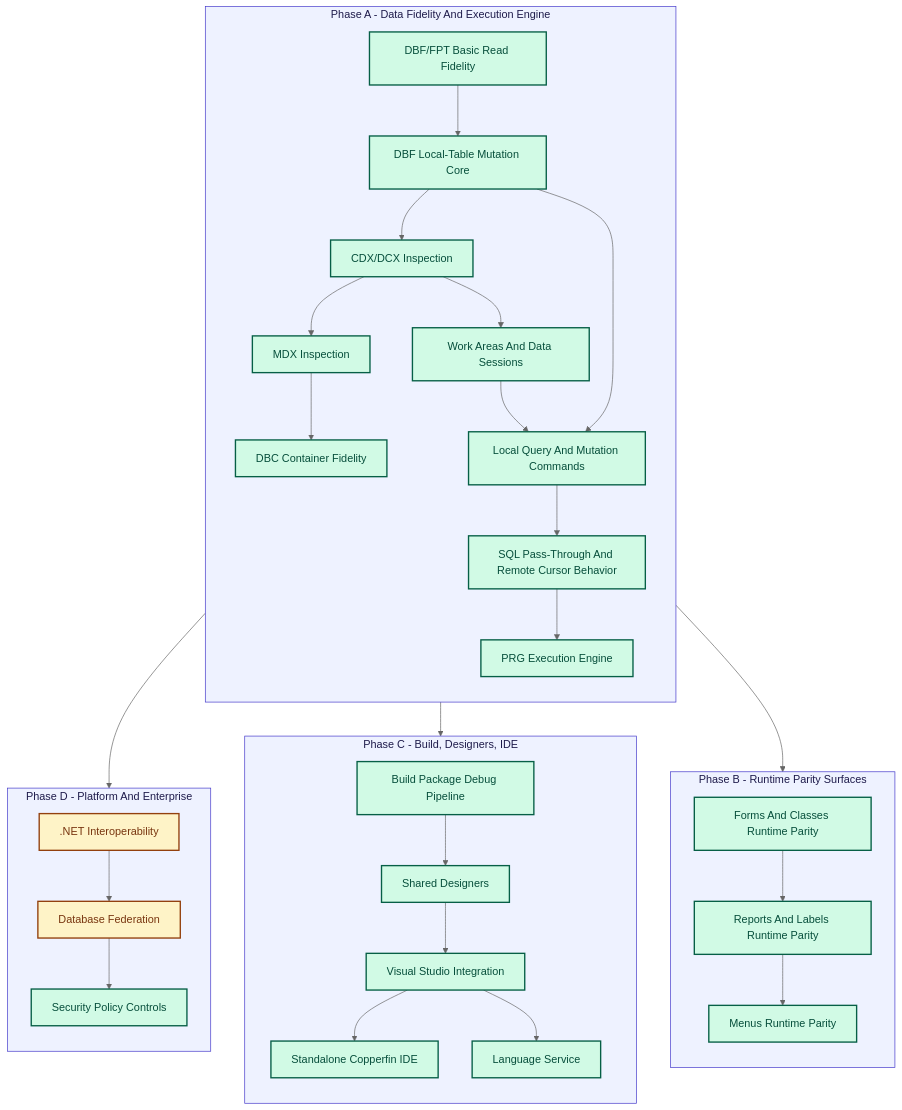
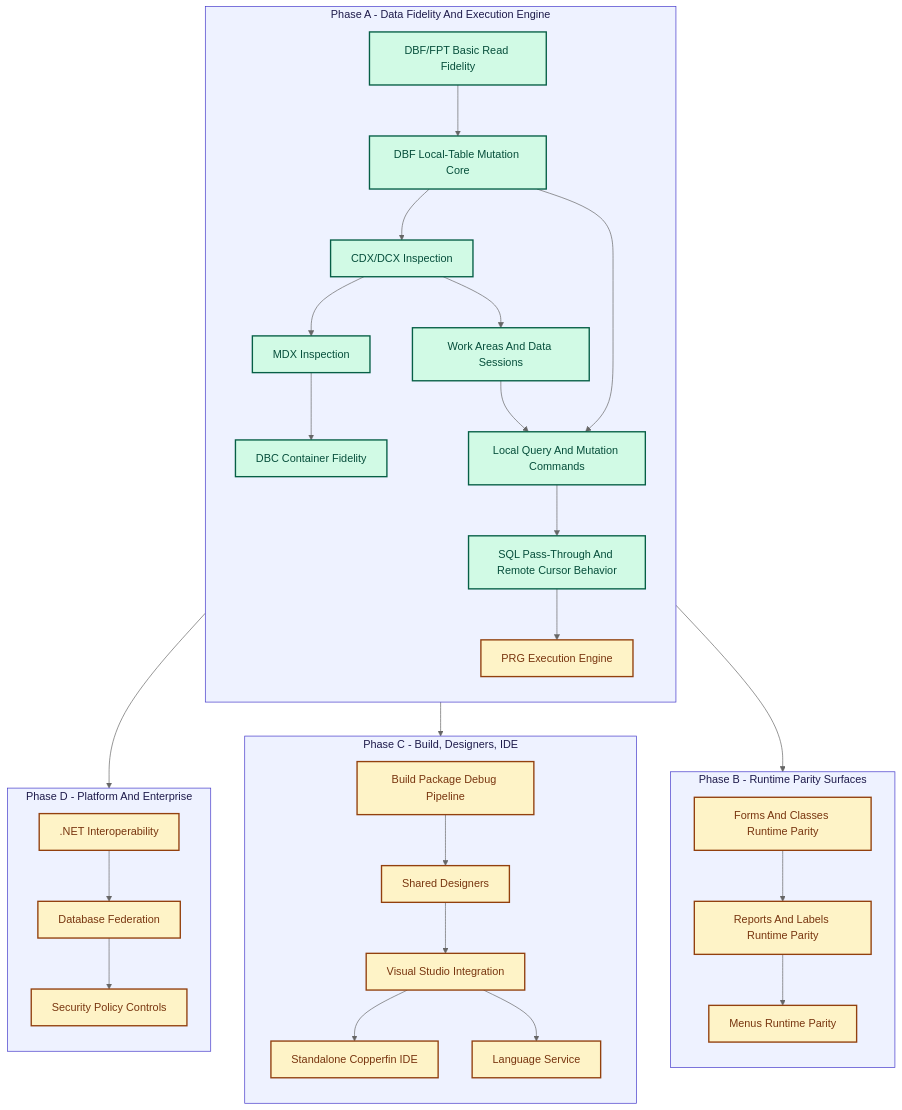
The diagram in remaining-work.md (rhamenator/Project-Copperfin), drawn with Mermaid (neutral theme) before and after one commit. The commit also changed other lines of this file and 1 other file, not shown here.

````diff
--- a/remaining-work.md
+++ b/remaining-work.md
@@ -53,67 +109,67 @@
 ```mermaid
 flowchart TD
 	classDef done fill:#d1fae5,stroke:#065f46,stroke-width:2px,color:#064e3b;
 	classDef partial fill:#fef3c7,stroke:#92400e,stroke-width:2px,color:#78350f;
 	classDef missing fill:#fee2e2,stroke:#991b1b,stroke-width:2px,color:#7f1d1d;
 	classDef lane fill:#eef2ff,stroke:#4338ca,stroke-width:1px,color:#1e1b4b;
 
 	subgraph P1[Phase A - Data Fidelity And Execution Engine]
 		direction TB
 		A1[DBF/FPT Basic Read Fidelity]
 		A2[DBF Local-Table Mutation Core]
 		A3[CDX/DCX Inspection]
 		A4[MDX Inspection]
 		A5[DBC Container Fidelity]
 		B1[Work Areas And Data Sessions]
 		B2[Local Query And Mutation Commands]
 		B3[SQL Pass-Through And Remote Cursor Behavior]
 		B4[PRG Execution Engine]
 	end
 
 	subgraph P2[Phase B - Runtime Parity Surfaces]
 		direction TB
 		C1[Forms And Classes Runtime Parity]
 		C2[Reports And Labels Runtime Parity]
 		C3[Menus Runtime Parity]
 	end
 
 	subgraph P3[Phase C - Build, Designers, IDE]
 		direction TB
 		D1[Build Package Debug Pipeline]
 		D2[Shared Designers]
 		D3[Visual Studio Integration]
 		D4[Standalone Copperfin IDE]
 		D5[Language Service]
 	end
 
 	subgraph P4[Phase D - Platform And Enterprise]
 		direction TB
 		E1[.NET Interoperability]
 		E2[Database Federation]
 		E3[Security Policy Controls]
 	end
 
 	A1 --> A2 --> A3 --> A4 --> A5
 	A2 --> B2
 	A3 --> B1
 	B1 --> B2 --> B3 --> B4
 
 	B4 --> C1 --> C2 --> C3
 	B4 --> D1 --> D2 --> D3 --> D4
 	D3 --> D5
 	B4 --> E1 --> E2 --> E3
 
 	class A1,A2,A3,A4,A5 done;
 
-	class B1,B2,B3,B4 done;
+	class B1,B2,B3 done;
 
-	class C1,C2,C3 done;
+	class B4 partial;
 
-	class D1,D2,D3,D4,D5 done;
+	class C1,C2,C3 partial;
 
-	class E1,E2 partial;
+	class D1,D2,D3,D4,D5 partial;
 
-	class E3 done;
+	class E1,E2,E3 partial;
 
 	class P1,P2,P3,P4 lane;
 ```
````
